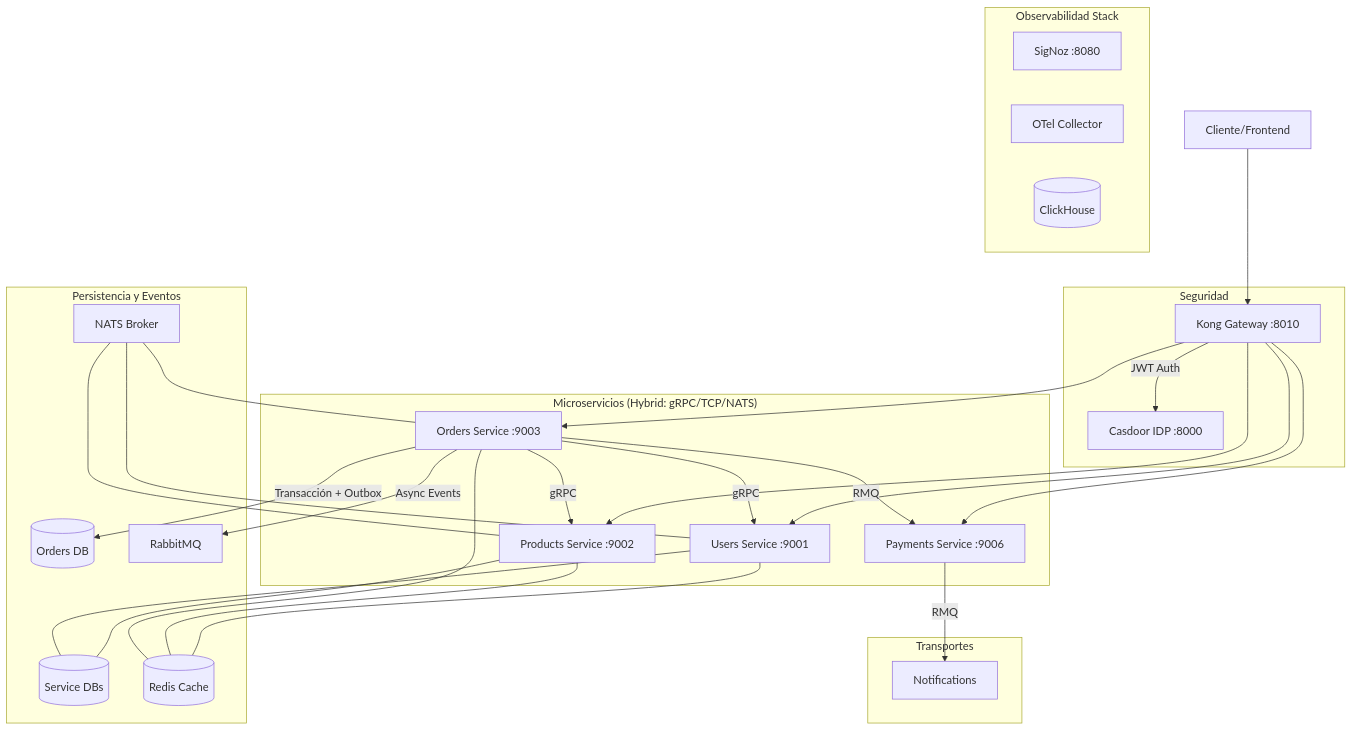
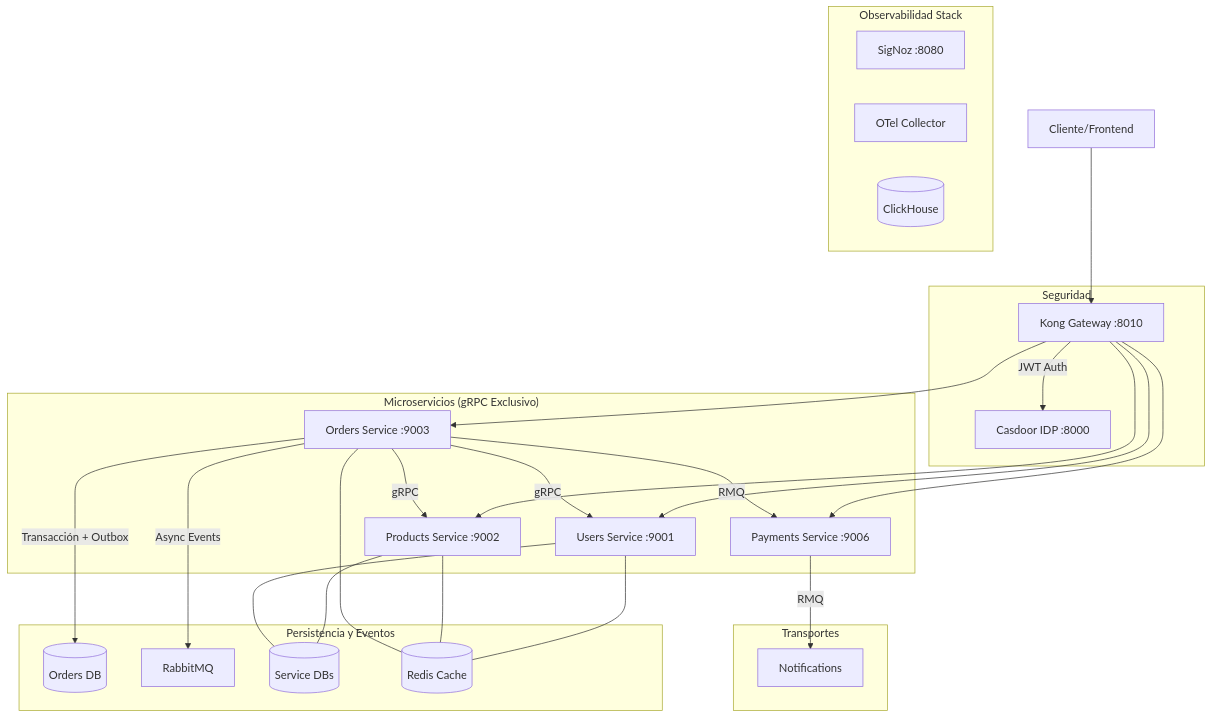
One commit to bleidertcs/ecommerce-microservices changed the diagram in MASTER_GUIDE.md. Above: the diagram before and after it, drawn with Mermaid. The commit also changed other lines of this file and 54 other files, not shown here.

````diff
--- a/MASTER_GUIDE.md
+++ b/MASTER_GUIDE.md
@@ -9,36 +138,35 @@
 ```mermaid
 graph TD
     Client[Cliente/Frontend] --> Kong[Kong Gateway :8010]
 
     subgraph "Seguridad"
         Kong --> |JWT Auth| CD[Casdoor IDP :8000]
     end
 
-    subgraph "Microservicios (Hybrid: gRPC/TCP/NATS)"
+    subgraph "Microservicios (gRPC Exclusivo)"
         Kong --> Users[Users Service :9001]
         Kong --> Products[Products Service :9002]
         Kong --> Orders[Orders Service :9003]
         Kong --> Payments[Payments Service :9006]
     end
 
     subgraph "Transportes"
         Orders -- "gRPC" --> Users
         Orders -- "gRPC" --> Products
         Orders -- "RMQ" --> Payments
         Payments -- "RMQ" --> Notifications
     end
 
     subgraph "Persistencia y Eventos"
         Orders -- "Transacción + Outbox" --> DB[(Orders DB)]
         Orders -- "Async Events" --> RMQ[RabbitMQ]
         Products & Users --- PDB[(Service DBs)]
         Users & Products & Orders --- Redis[(Redis Cache)]
-        NATS[NATS Broker] --- Users & Products & Orders
     end
 
     subgraph "Observabilidad Stack"
         SigNoz[SigNoz :8080]
         OTelCol[OTel Collector]
         CH[(ClickHouse)]
     end
 ```
````
